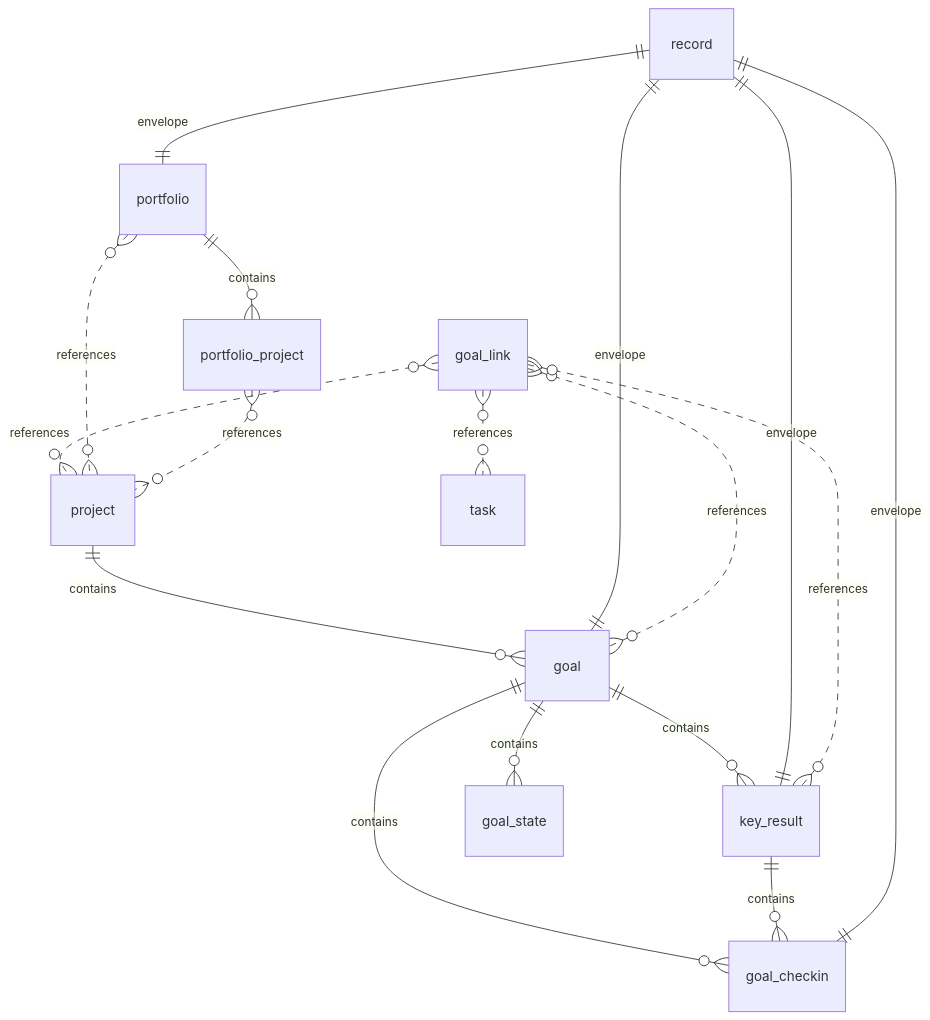
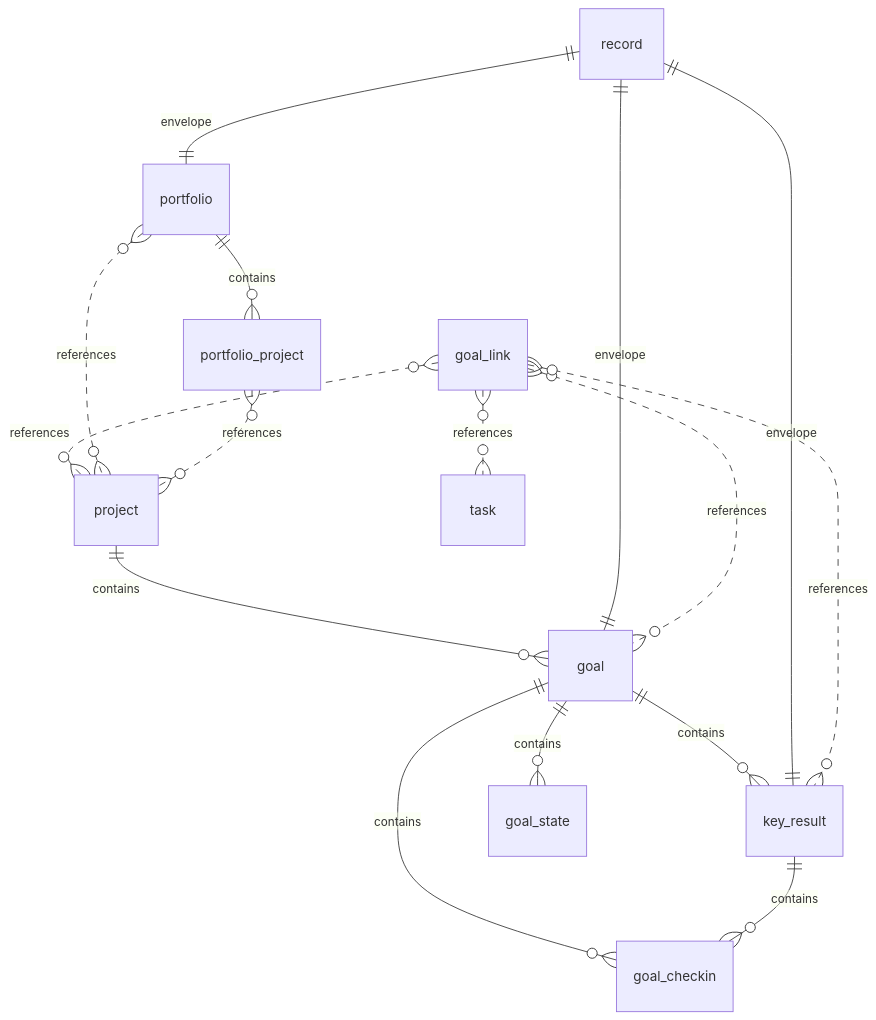
Before and after one commit to KatrielMoses/pm: diagram 18 of 30 in docs/architecture/data/generated/er-diagrams.md, drawn with Mermaid. The commit also changed 27 other files, not shown here.

````diff
--- a/docs/architecture/data/generated/er-diagrams.md
+++ b/docs/architecture/data/generated/er-diagrams.md
@@ -273,19 +273,18 @@
 ```mermaid
 erDiagram
   project ||--o{ goal : "contains"
   record ||--|| goal : "envelope"
   goal ||--o{ key_result : "contains"
   record ||--|| key_result : "envelope"
   goal_link }o..o{ goal : "references"
   goal_link }o..o{ key_result : "references"
   goal_link }o..o{ project : "references"
   goal_link }o..o{ task : "references"
   goal ||--o{ goal_checkin : "contains"
   key_result ||--o{ goal_checkin : "contains"
-  record ||--|| goal_checkin : "envelope"
   goal ||--o{ goal_state : "contains"
   portfolio }o..o{ project : "references"
   record ||--|| portfolio : "envelope"
   portfolio ||--o{ portfolio_project : "contains"
   portfolio_project }o..o{ project : "references"
 ```
````
